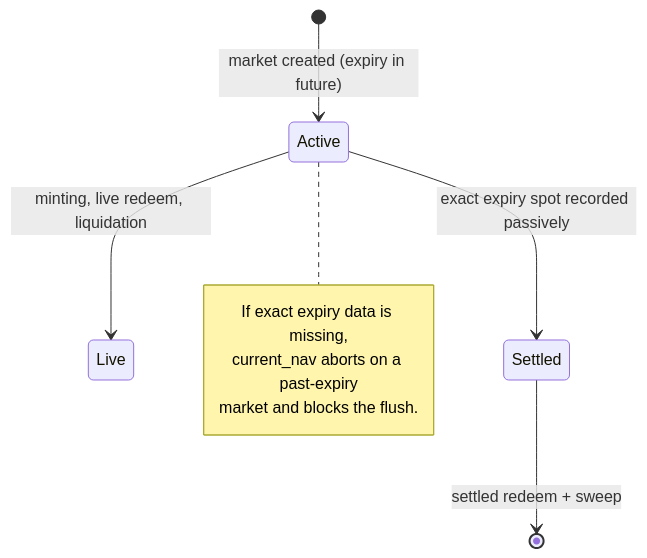
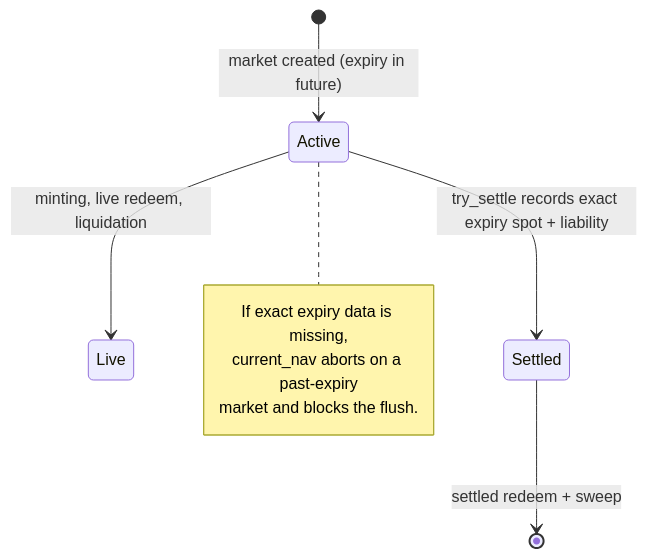
One commit to MystenLabs/deepbookv3 changed the diagram in packages/predict/docs/risks.md. Above: the diagram before and after it, drawn with Mermaid. The commit also changed other lines of this file and 23 other files, not shown here.

````diff
--- a/packages/predict/docs/risks.md
+++ b/packages/predict/docs/risks.md
@@ -54,12 +54,12 @@
 ```mermaid
 stateDiagram-v2
     [*] --> Active: market created (expiry in future)
     Active --> Live: minting, live redeem, liquidation
-    Active --> Settled: exact expiry spot recorded passively
+    Active --> Settled: try_settle records exact expiry spot + liability
     Settled --> [*]: settled redeem + sweep
     note right of Active
       If exact expiry data is missing,
       current_nav aborts on a past-expiry
       market and blocks the flush.
     end note
 ```
````
